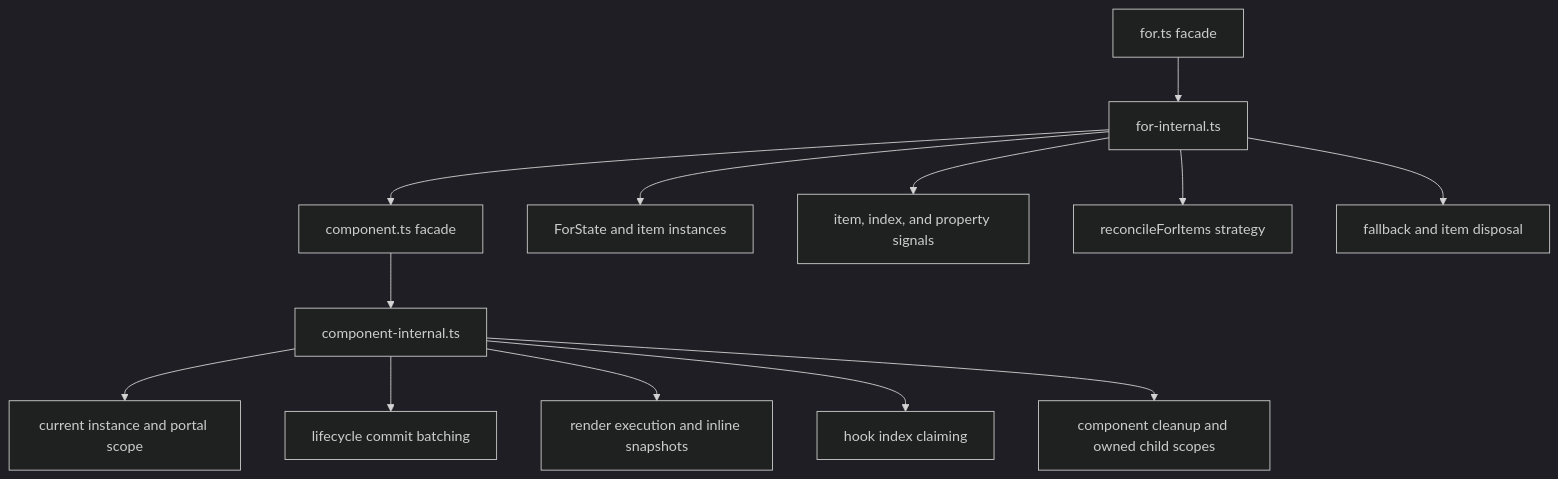
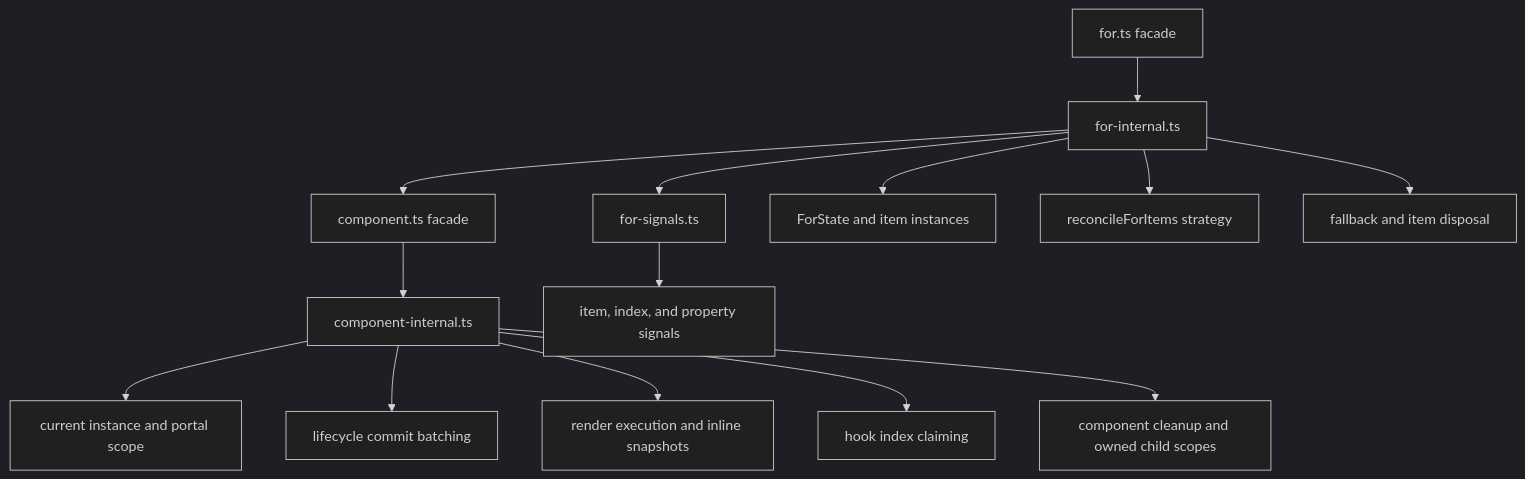
One commit to askrjs/askr changed the third of 7 diagrams in docs/internals/runtime-reactivity.md. Above: the diagram before and after it, drawn with Mermaid (dark theme). The commit also changed other lines of this file and 5 other files, not shown here.

````diff
--- a/docs/internals/runtime-reactivity.md
+++ b/docs/internals/runtime-reactivity.md
@@ -74,30 +74,32 @@
 ```mermaid
 flowchart TB
   componentFacade[component.ts facade]
   componentCore[component-internal.ts]
   current[current instance and portal scope]
   lifecycle[lifecycle commit batching]
   render[render execution and inline snapshots]
   hooks[hook index claiming]
   cleanup[component cleanup and owned child scopes]
 
   forFacade[for.ts facade]
   forCore[for-internal.ts]
+  forSignals[for-signals.ts]
   forState[ForState and item instances]
   itemSignals[item, index, and property signals]
   reconcile[reconcileForItems strategy]
   fallback[fallback and item disposal]
 
   componentFacade --> componentCore
   componentCore --> current
   componentCore --> lifecycle
   componentCore --> render
   componentCore --> hooks
   componentCore --> cleanup
   forFacade --> forCore
   forCore --> forState
-  forCore --> itemSignals
+  forCore --> forSignals
+  forSignals --> itemSignals
   forCore --> reconcile
   forCore --> fallback
   forCore --> componentFacade
 ```
````
